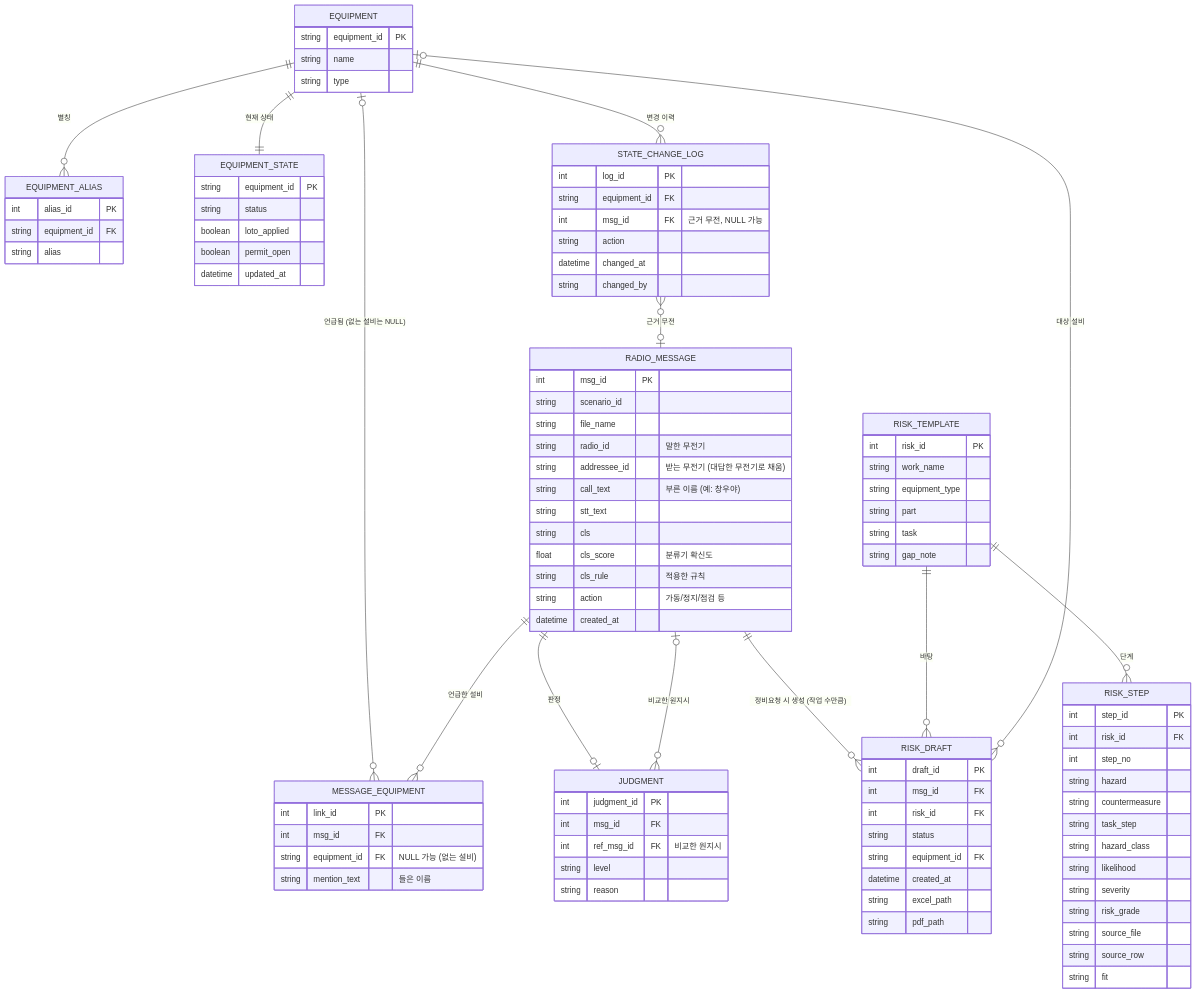
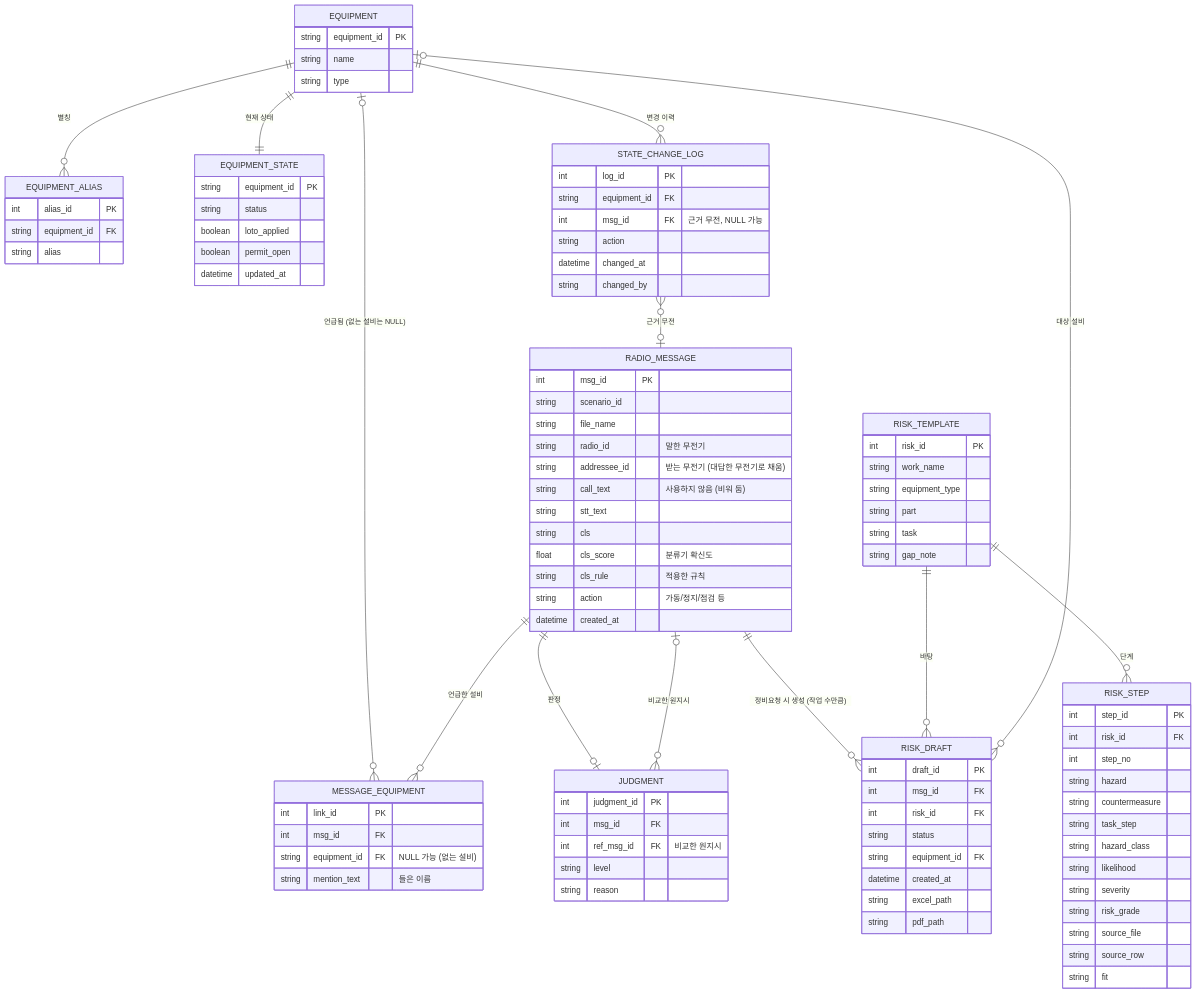
The diagram in db/hackathon_db_schema.md (Kangmunju/radio-safety-judgment), drawn with Mermaid before and after one commit. The commit also changed other lines of this file and 2 other files, not shown here.

Commit message:
call_text는 채우지 않기로 해 스키마·문서·ERD를 '사용하지 않음'으로 정리

```diff
--- a/db/hackathon_db_schema.md
+++ b/db/hackathon_db_schema.md
@@ -63,7 +63,7 @@
     string file_name
     string radio_id "말한 무전기"
     string addressee_id "받는 무전기 (대답한 무전기로 채움)"
-    string call_text "부른 이름 (예: 창우야)"
+    string call_text "사용하지 않음 (비워 둠)"
     string stt_text
     string cls
     float cls_score "분류기 확신도"
```
